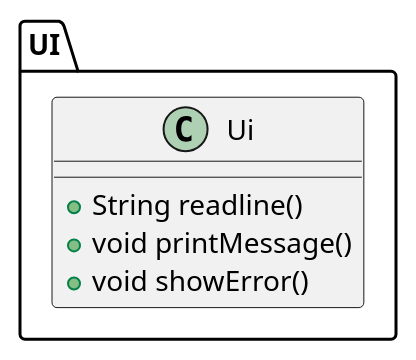
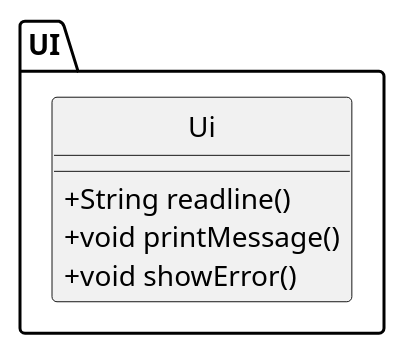
The diagram in docs/diagrams/UiClassDiagram.puml (sevenseasofbri/tp), drawn with PlantUML before and after one commit. The commit also changed 23 other files, not shown here.

```diff
--- a/docs/diagrams/UiClassDiagram.puml
+++ b/docs/diagrams/UiClassDiagram.puml
@@ -1,12 +1,14 @@
 @startuml
 
+hide circle
+skinparam ClassAttributeIconSize 0
 
 package UI {
     Class Ui {
         + String readline()
         + void printMessage()
         + void showError()
     }
 }
 
 @enduml
```
